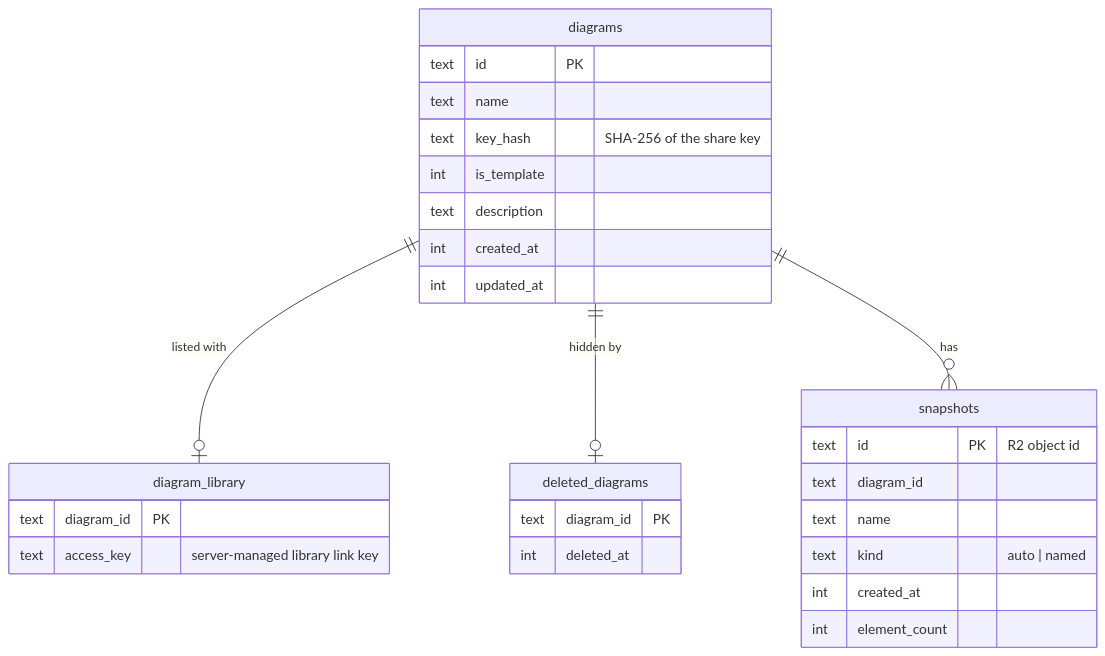
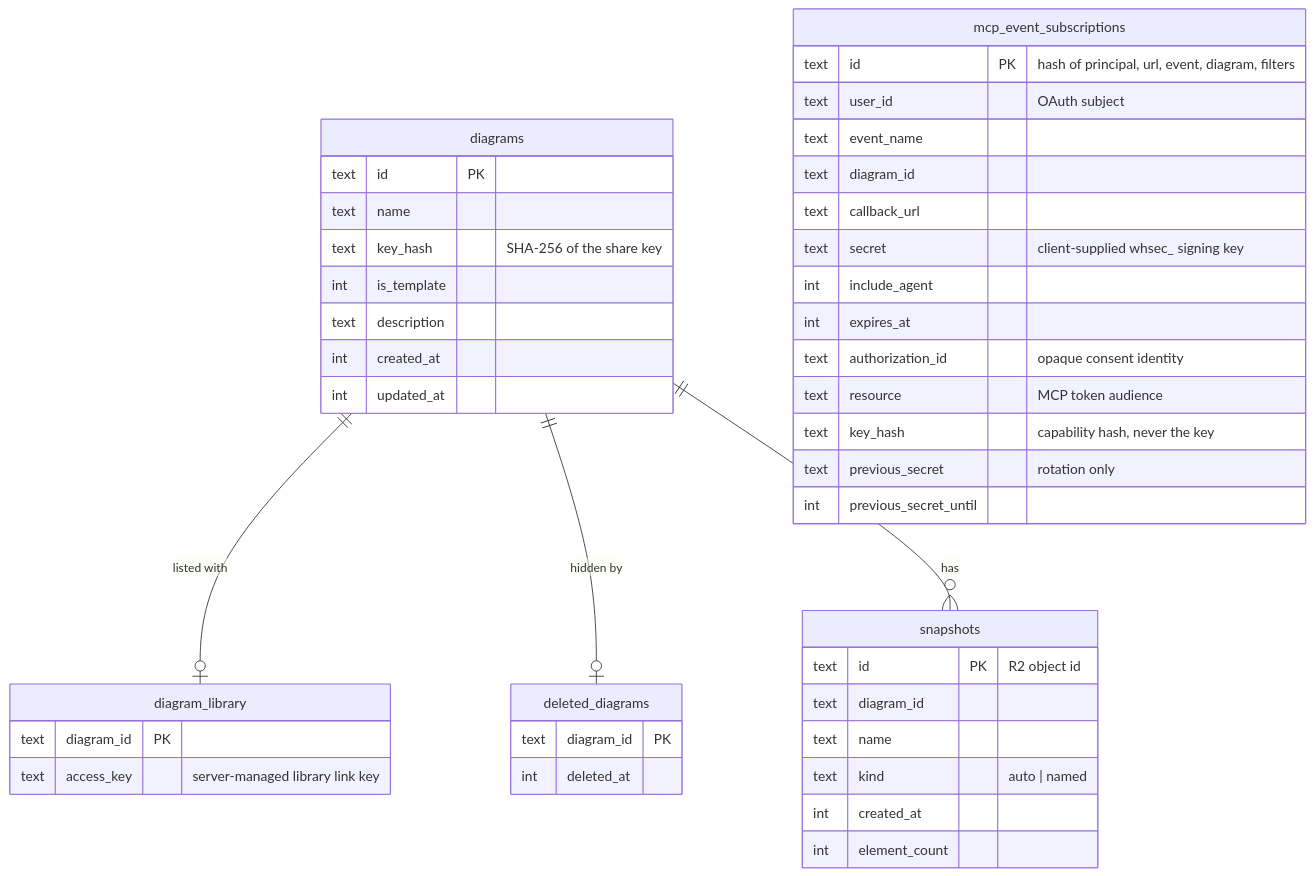
Before and after one commit to aranlucas/system-design-companion: the fifth of 10 diagrams in docs/design.md, drawn with Mermaid. The commit also changed other lines of this file and 27 other files, not shown here.

First line of the commit message:
Add OAuth authorization and MCP webhook events (#17)

````diff
--- a/docs/design.md
+++ b/docs/design.md
@@ -175,31 +176,47 @@
 ```mermaid
 erDiagram
     diagrams ||--o| diagram_library : "listed with"
     diagrams ||--o| deleted_diagrams : "hidden by"
     diagrams ||--o{ snapshots : "has"
     diagrams {
         text id PK
         text name
         text key_hash "SHA-256 of the share key"
         int is_template
         text description
         int created_at
         int updated_at
     }
     diagram_library {
         text diagram_id PK
         text access_key "server-managed library link key"
     }
     deleted_diagrams {
         text diagram_id PK
         int deleted_at
     }
     snapshots {
         text id PK "R2 object id"
         text diagram_id
         text name
         text kind "auto | named"
         int created_at
         int element_count
     }
+    mcp_event_subscriptions {
+        text id PK "hash of principal, url, event, diagram, filters"
+        text user_id "OAuth subject"
+        text event_name
+        text diagram_id
+        text callback_url
+        text secret "client-supplied whsec_ signing key"
+        int include_agent
+        int expires_at
+        text authorization_id "opaque consent identity"
+        text resource "MCP token audience"
+        text key_hash "capability hash, never the key"
+        text previous_secret "rotation only"
+        int previous_secret_until
+    }
+
 ```
````
